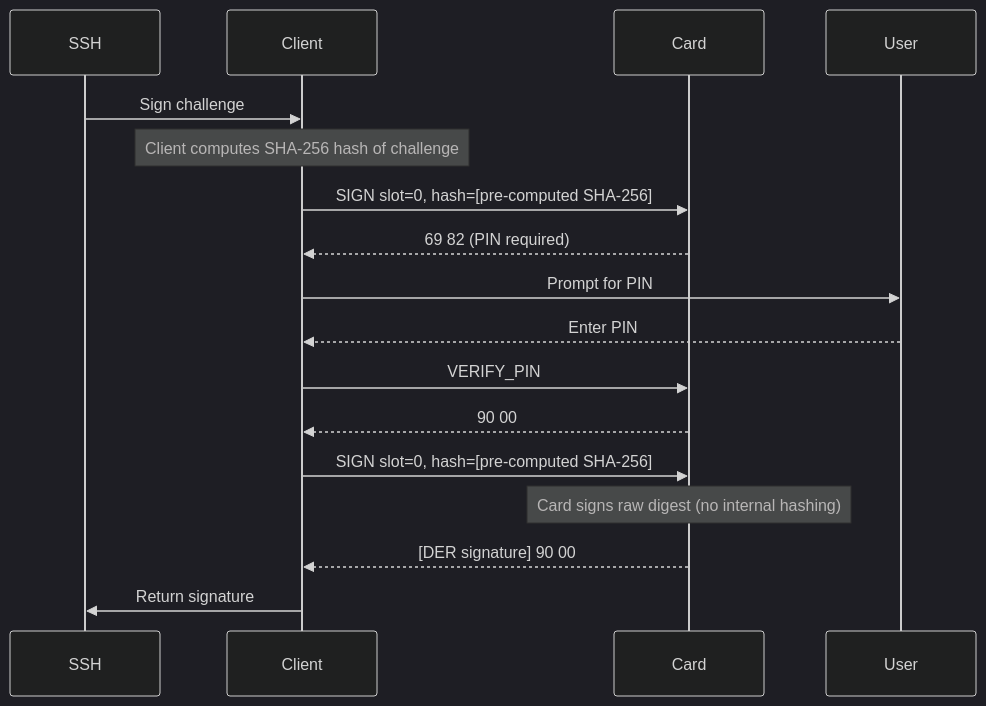
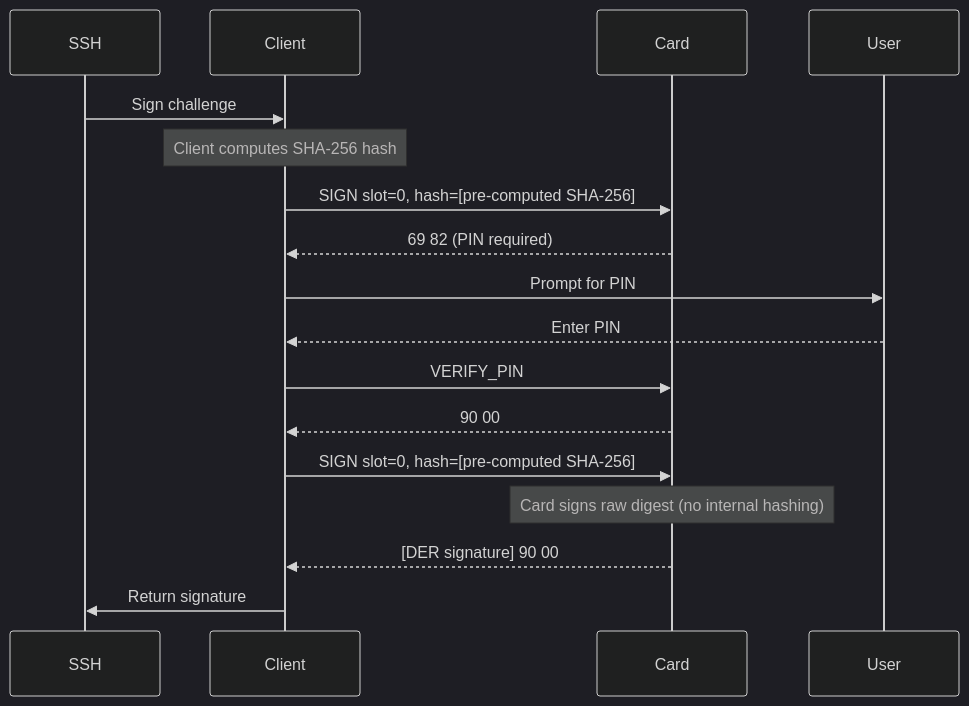
Before and after one commit to indrora/EspreSSHo: the second of 4 diagrams in doc/APDU-Protocol-Specification.md, drawn with Mermaid (dark theme). The commit also changed other lines of this file and 6 other files, not shown here.

Commit message:
Adding reset logic, PIN/PUK management, Card init.

````diff
--- a/doc/APDU-Protocol-Specification.md
+++ b/doc/APDU-Protocol-Specification.md
@@ -595,15 +701,15 @@
 ```mermaid
 sequenceDiagram
     SSH->>Client: Sign challenge
-    Note over Client: Client computes SHA-256 hash of challenge
+    Note over Client: Client computes SHA-256 hash
     Client->>Card: SIGN slot=0, hash=[pre-computed SHA-256]
     Card-->>Client: 69 82 (PIN required)
     Client->>User: Prompt for PIN
     User-->>Client: Enter PIN
-    Client->>Card: VERIFY_PIN  
+    Client->>Card: VERIFY_PIN
     Card-->>Client: 90 00
     Client->>Card: SIGN slot=0, hash=[pre-computed SHA-256]
     Note over Card: Card signs raw digest (no internal hashing)
     Card-->>Client: [DER signature] 90 00
     Client->>SSH: Return signature
 ```
````
